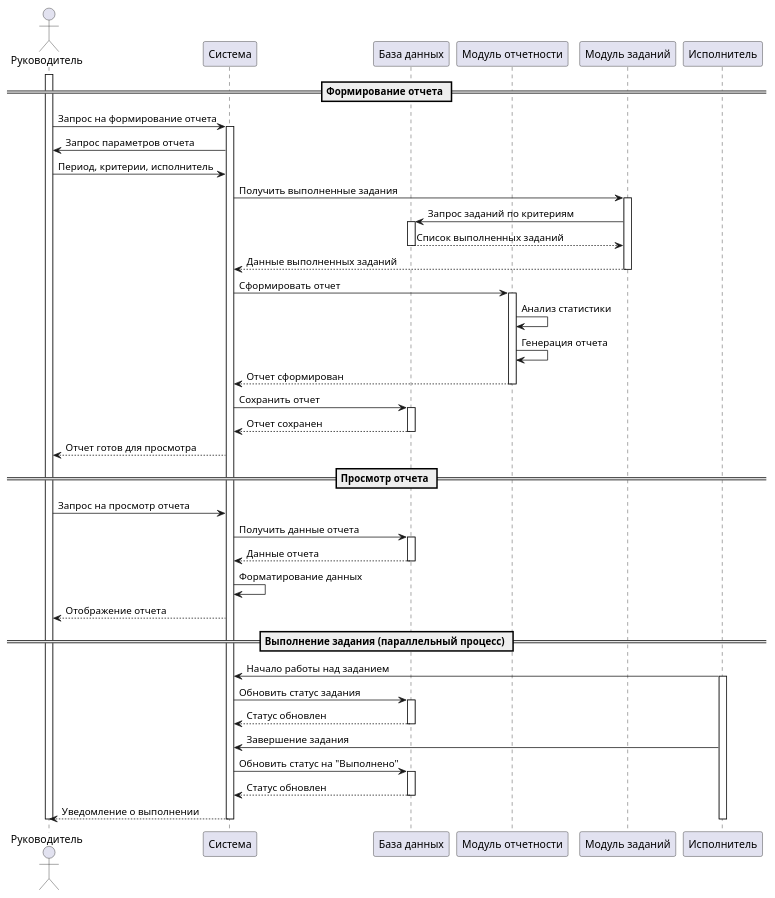
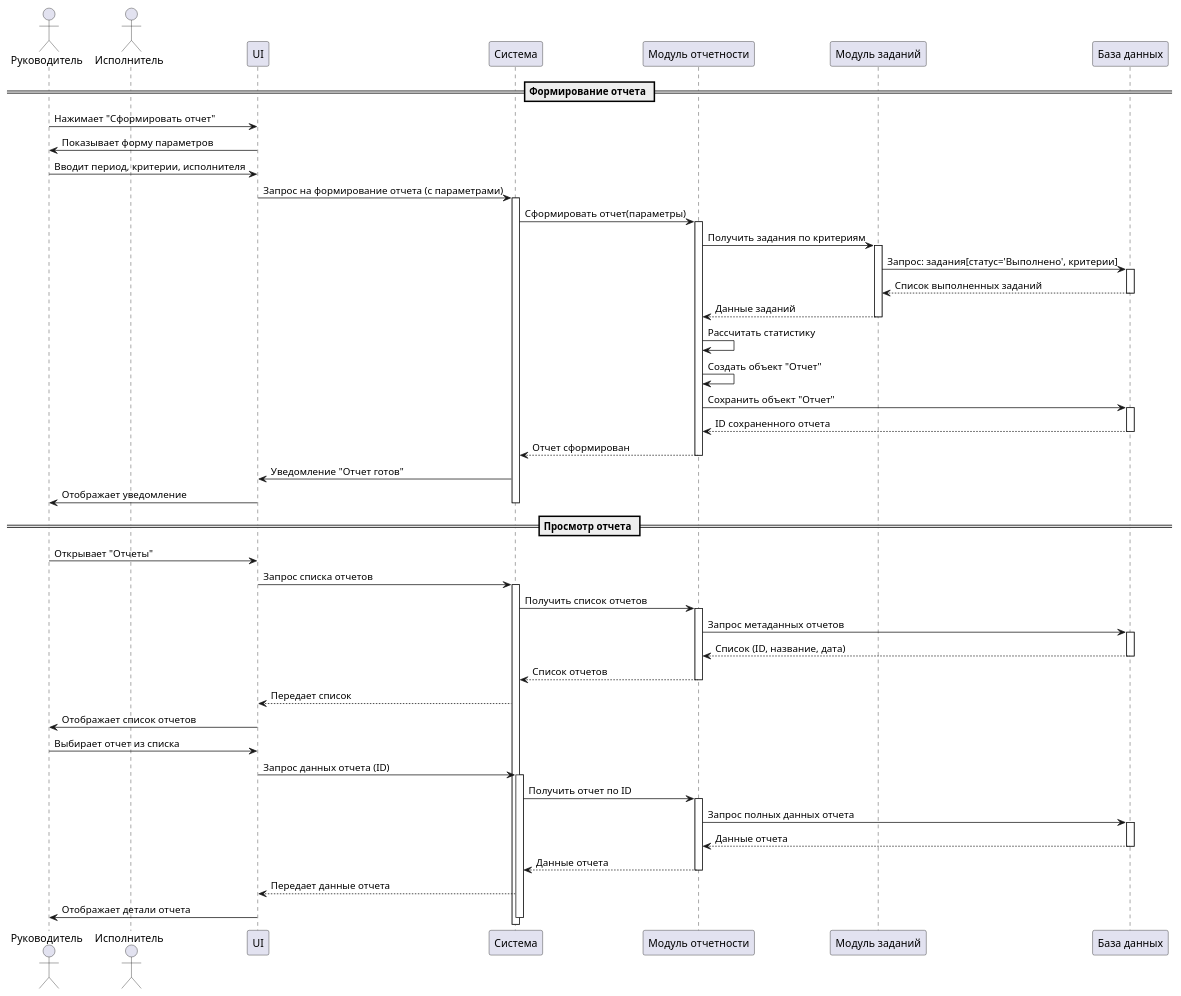
Before and after one commit to penamarth/bsbo-03-23_team2_var7_timemanagement: the diagram in Прецеденты/ПР1/Диаграмма последовательности_ Формирование и просмотр отчета.md, drawn with PlantUML.

Commit message:
Update Диаграмма последовательности_ Формирование и просмотр отчета.md

````diff
--- a/Прецеденты/ПР1/Диаграмма последовательности_ Формирование и просмотр отчета.md
+++ b/Прецеденты/ПР1/Диаграмма последовательности_ Формирование и просмотр отчета.md
@@ -4,67 +4,75 @@
 ```plantuml
 @startuml
 actor Руководитель
+actor Исполнитель
+participant "UI" as UI
 participant "Система" as Система
-participant "База данных" as БД
 participant "Модуль отчетности" as Отчетность
 participant "Модуль заданий" as Задания
-participant "Исполнитель" as Исполнитель
-
-activate Руководитель
+participant "База данных" as БД
 
 == Формирование отчета ==
-Руководитель -> Система: Запрос на формирование отчета
+
+Руководитель -> UI: Нажимает "Сформировать отчет"
+UI -> Руководитель: Показывает форму параметров
+Руководитель -> UI: Вводит период, критерии, исполнителя
+UI -> Система: Запрос на формирование отчета (с параметрами)
 activate Система
-Система -> Руководитель: Запрос параметров отчета
-Руководитель -> Система: Период, критерии, исполнитель
-Система -> Задания: Получить выполненные задания
+
+Система -> Отчетность: Сформировать отчет(параметры)
+activate Отчетность
+Отчетность -> Задания: Получить задания по критериям
 activate Задания
-Задания -> БД: Запрос заданий по критериям
+Задания -> БД: Запрос: задания[статус='Выполнено', критерии]
 activate БД
 БД --> Задания: Список выполненных заданий
 deactivate БД
-Задания --> Система: Данные выполненных заданий
+Задания --> Отчетность: Данные заданий
 deactivate Задания
 
-Система -> Отчетность: Сформировать отчет
-activate Отчетность
-Отчетность -> Отчетность: Анализ статистики
-Отчетность -> Отчетность: Генерация отчета
+Отчетность -> Отчетность: Рассчитать статистику
+Отчетность -> Отчетность: Создать объект "Отчет"
+Отчетность -> БД: Сохранить объект "Отчет"
+activate БД
+БД --> Отчетность: ID сохраненного отчета
+deactivate БД
 Отчетность --> Система: Отчет сформирован
 deactivate Отчетность
 
-Система -> БД: Сохранить отчет
-activate БД
-БД --> Система: Отчет сохранен
-deactivate БД
-Система --> Руководитель: Отчет готов для просмотра
+Система -> UI: Уведомление "Отчет готов"
+UI -> Руководитель: Отображает уведомление
+deactivate Система
 
 == Просмотр отчета ==
-Руководитель -> Система: Запрос на просмотр отчета
-Система -> БД: Получить данные отчета
+
+Руководитель -> UI: Открывает "Отчеты"
+UI -> Система: Запрос списка отчетов
+activate Система
+Система -> Отчетность: Получить список отчетов
+activate Отчетность
+Отчетность -> БД: Запрос метаданных отчетов
 activate БД
-БД --> Система: Данные отчета
+БД --> Отчетность: Список (ID, название, дата)
 deactivate БД
-Система -> Система: Форматирование данных
-Система --> Руководитель: Отображение отчета
+Отчетность --> Система: Список отчетов
+deactivate Отчетность
+Система --> UI: Передает список
+UI -> Руководитель: Отображает список отчетов
 
-== Выполнение задания (параллельный процесс) ==
-Исполнитель -> Система: Начало работы над заданием
-activate Исполнитель
-Система -> БД: Обновить статус задания
+Руководитель -> UI: Выбирает отчет из списка
+UI -> Система: Запрос данных отчета (ID)
+activate Система
+Система -> Отчетность: Получить отчет по ID
+activate Отчетность
+Отчетность -> БД: Запрос полных данных отчета
 activate БД
-БД --> Система: Статус обновлен
+БД --> Отчетность: Данные отчета
 deactivate БД
+Отчетность --> Система: Данные отчета
+deactivate Отчетность
+Система --> UI: Передает данные отчета
+UI -> Руководитель: Отображает детали отчета
+deactivate Система
 
-Исполнитель -> Система: Завершение задания
-Система -> БД: Обновить статус на "Выполнено"
-activate БД
-БД --> Система: Статус обновлен
-deactivate БД
-Система --> Руководитель: Уведомление о выполнении
-deactivate Исполнитель
-
-deactivate Система
-deactivate Руководитель
 @enduml
 ```
````
